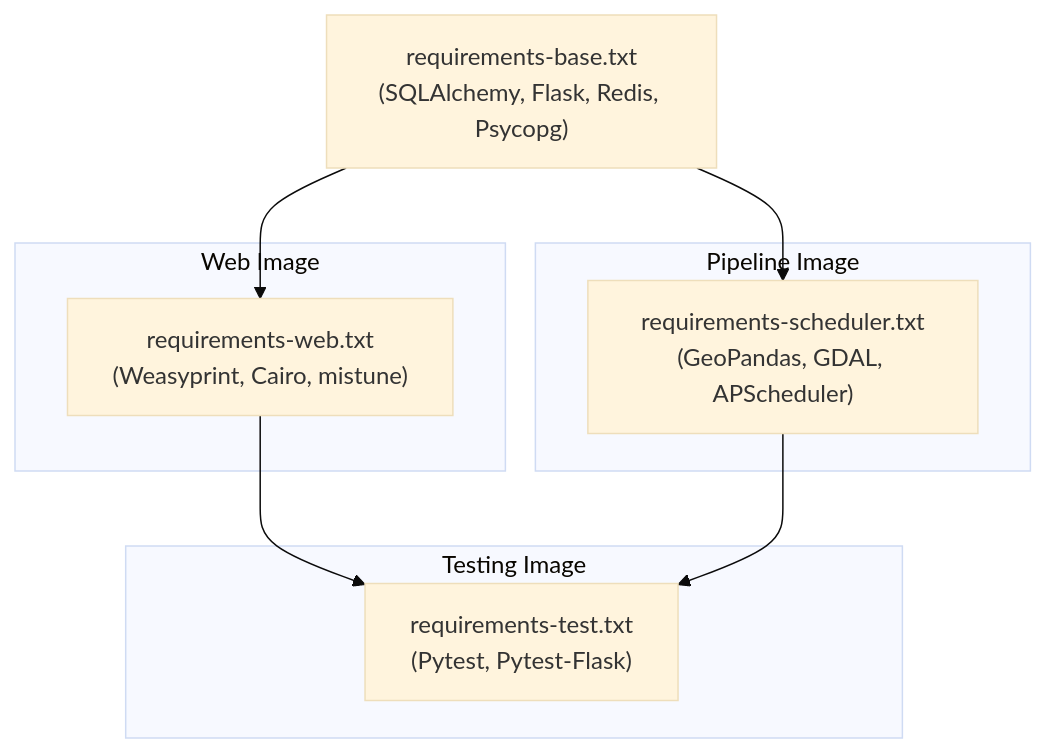
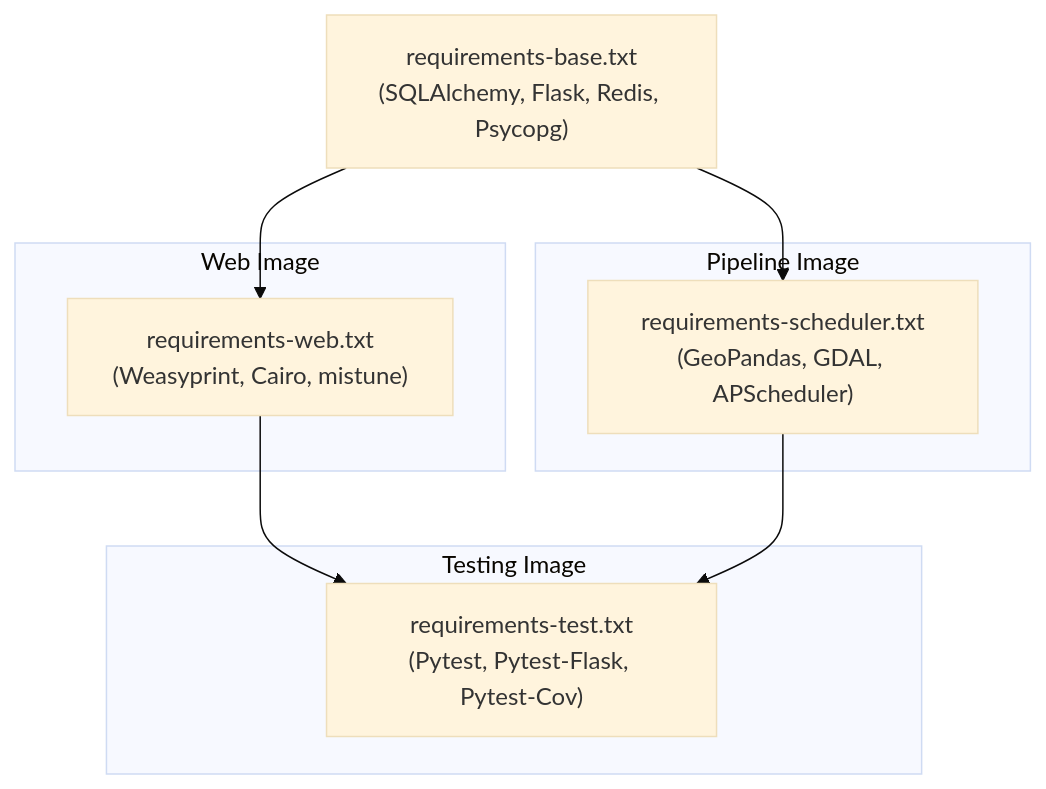
The diagram in documentation/7.1 Dependency Management & Build Strategy.md (openTdataCH/stop_sync_osm_atlas), drawn with Mermaid (base theme) before and after one commit. The commit also changed other lines of this file and 5 other files, not shown here.

````diff
--- a/documentation/7.1 Dependency Management & Build Strategy.md
+++ b/documentation/7.1 Dependency Management & Build Strategy.md
@@ -9,21 +9,21 @@
 ```mermaid
 flowchart TD
     Base["requirements-base.txt\n(SQLAlchemy, Flask, Redis, Psycopg)"]
 
     subgraph Web Image
         Web["requirements-web.txt\n(Weasyprint, Cairo, mistune)"]
     end
 
     subgraph Pipeline Image
         Sched["requirements-scheduler.txt\n(GeoPandas, GDAL, APScheduler)"]
     end
 
     subgraph Testing Image
-        Test["requirements-test.txt\n(Pytest, Pytest-Flask)"]
+        Test["requirements-test.txt\n(Pytest, Pytest-Flask, Pytest-Cov)"]
     end
 
     Base --> Web
     Base --> Sched
     Web --> Test
     Sched --> Test
 ```
````
